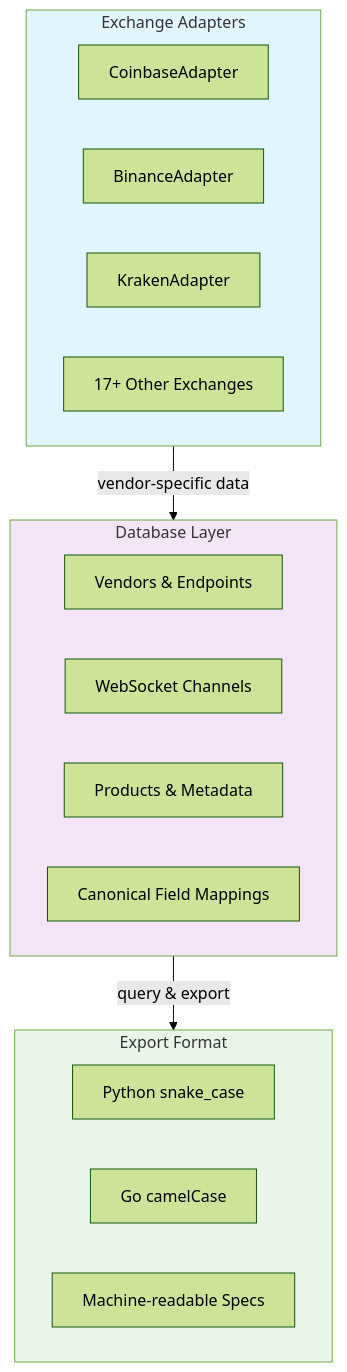
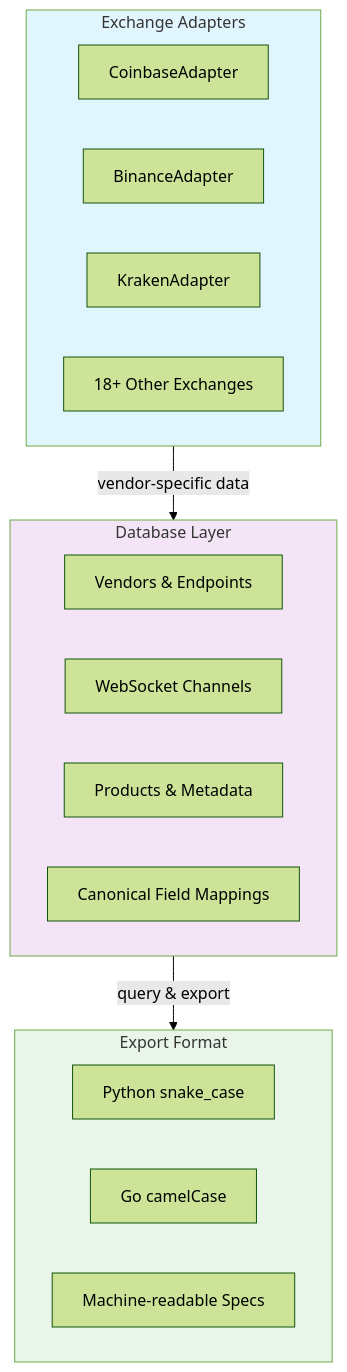
Before and after one commit to ArmanKyro/crypto-exchange-api-catalog: the fourth of 6 diagrams in README.md, drawn with Mermaid (forest theme). The commit also changed other lines of this file and 3 other files, not shown here.

First line of the commit message:
docs: Add mermaid diagrams and comprehensive exchange coverage documentation

````diff
--- a/README.md
+++ b/README.md
@@ -135,29 +226,29 @@
 ```mermaid
 flowchart TD
     A[Vendor Adapters<br/>Coinbase, Binance, Kraken, etc.] -->|vendor-specific data| B(SQLite Database)
     B -->|query & export| C[JSON Export]
     
     subgraph A [Exchange Adapters]
         A1[CoinbaseAdapter]
         A2[BinanceAdapter]
         A3[KrakenAdapter]
-        A4[17+ Other Exchanges]
+        A4[18+ Other Exchanges]
     end
     
     subgraph B [Database Layer]
         B1[Vendors & Endpoints]
         B2[WebSocket Channels]
         B3[Products & Metadata]
         B4[Canonical Field Mappings]
     end
     
     subgraph C [Export Format]
         C1[Python snake_case]
         C2[Go camelCase]
         C3[Machine-readable Specs]
     end
     
     style A fill:#e1f5fe
     style B fill:#f3e5f5
     style C fill:#e8f5e8
 ```
````
